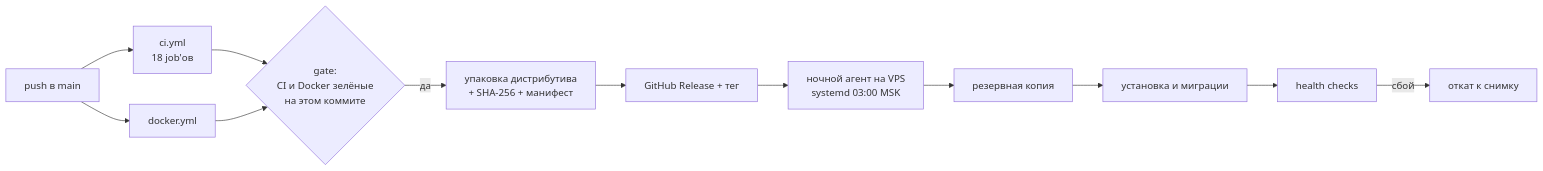
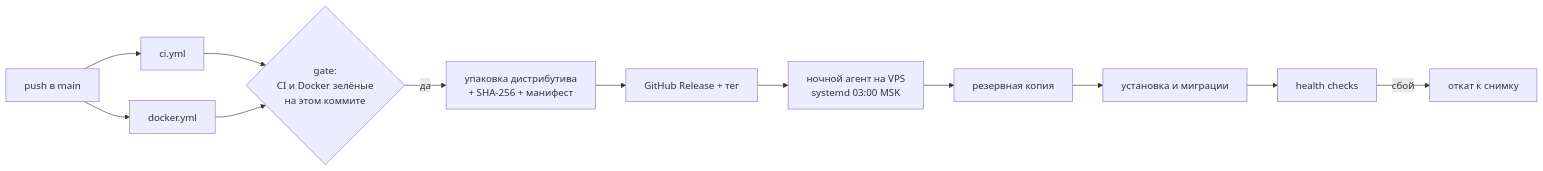
The fourth of 4 diagrams in docs/PROJECT_ARCHITECTURE.md (booarkz-cpu/shop-by-boo), drawn with Mermaid before and after one commit. The commit also changed other lines of this file and 1 other file, not shown here.

````diff
--- a/docs/PROJECT_ARCHITECTURE.md
+++ b/docs/PROJECT_ARCHITECTURE.md
@@ -208,14 +208,14 @@
 ```mermaid
 flowchart LR
-  Push["push в main"] --> CI["ci.yml<br/>18 job'ов"]
+  Push["push в main"] --> CI["ci.yml"]
   Push --> Docker["docker.yml"]
   CI --> Gate{"gate:<br/>CI и Docker зелёные<br/>на этом коммите"}
   Docker --> Gate
   Gate -->|да| Pack["упаковка дистрибутива<br/>+ SHA-256 + манифест"]
   Pack --> Release["GitHub Release + тег"]
   Release --> Agent["ночной агент на VPS<br/>systemd 03:00 MSK"]
   Agent --> Backup["резервная копия"]
   Backup --> Install["установка и миграции"]
   Install --> Health["health checks"]
   Health -->|сбой| Rollback["откат к снимку"]
 ```
````
